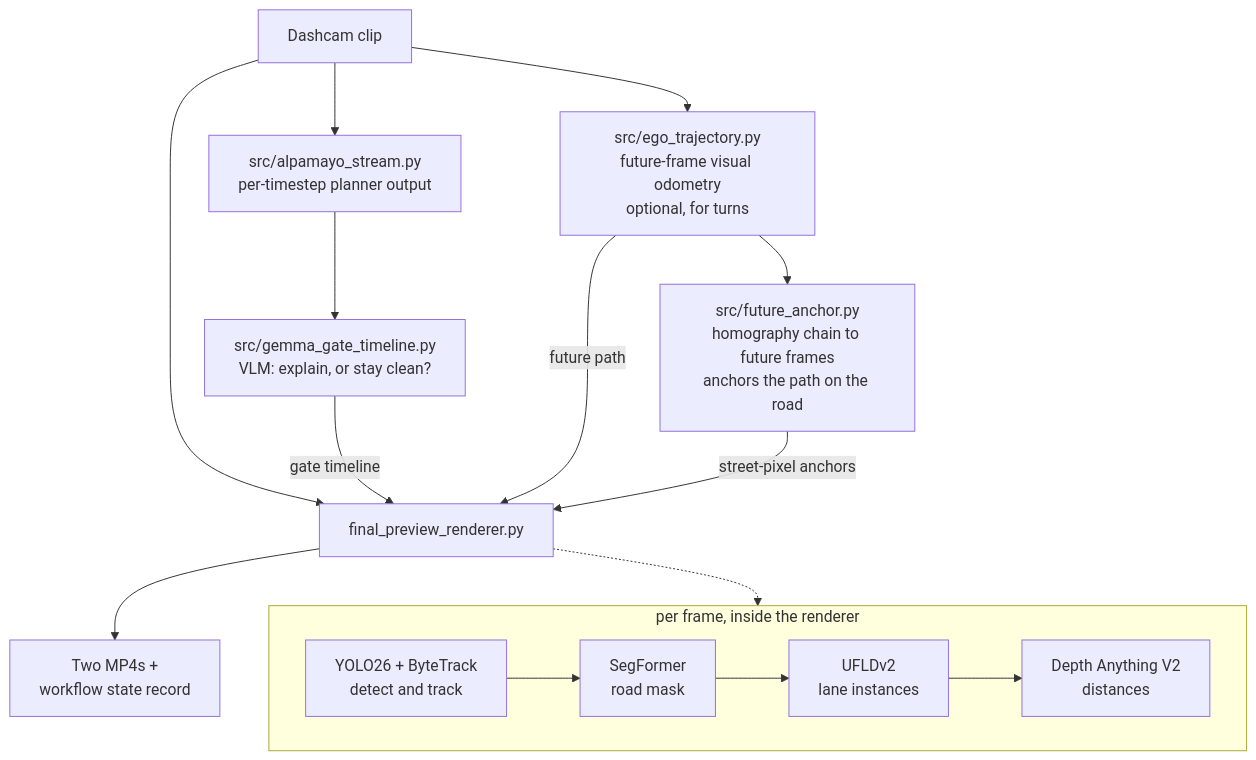
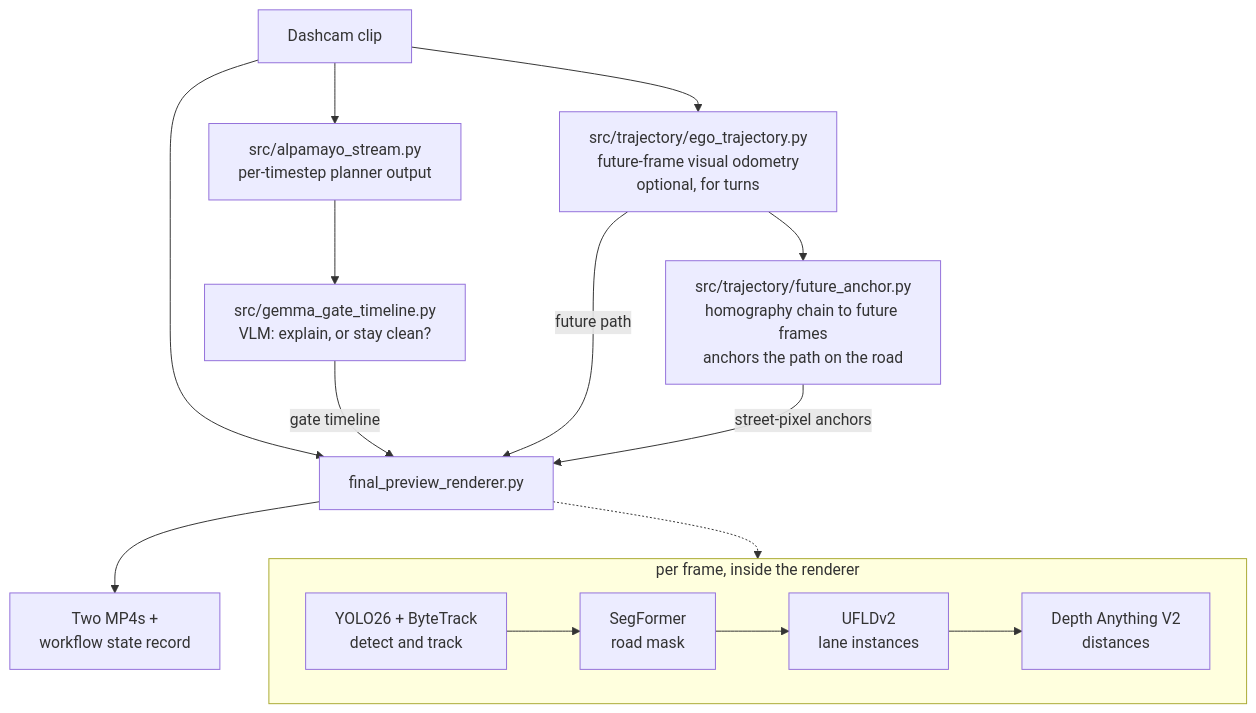
The diagram in README.md (Shaadalam9/opticarvis), drawn with Mermaid before and after one commit. The commit also changed other lines of this file and 54 other files, not shown here.

````diff
--- a/README.md
+++ b/README.md
@@ -110,21 +110,21 @@
 ```mermaid
 flowchart TD
     A[Dashcam clip] --> B[src/alpamayo_stream.py<br/>per-timestep planner output]
     B --> C[src/gemma_gate_timeline.py<br/>VLM: explain, or stay clean?]
-    A --> D[src/ego_trajectory.py<br/>future-frame visual odometry<br/>optional, for turns]
-    D --> G[src/future_anchor.py<br/>homography chain to future frames<br/>anchors the path on the road]
+    A --> D[src/trajectory/ego_trajectory.py<br/>future-frame visual odometry<br/>optional, for turns]
+    D --> G[src/trajectory/future_anchor.py<br/>homography chain to future frames<br/>anchors the path on the road]
     A --> E[final_preview_renderer.py]
     C -->|gate timeline| E
     D -->|future path| E
     G -->|street-pixel anchors| E
     E --> F[Two MP4s +<br/>workflow state record]
 
     subgraph P [per frame, inside the renderer]
         direction LR
         P1[YOLO26 + ByteTrack<br/>detect and track] --> P2[SegFormer<br/>road mask]
         P2 --> P3[UFLDv2<br/>lane instances]
         P3 --> P4[Depth Anything V2<br/>distances]
     end
 
     E -.-> P
 ```
````
